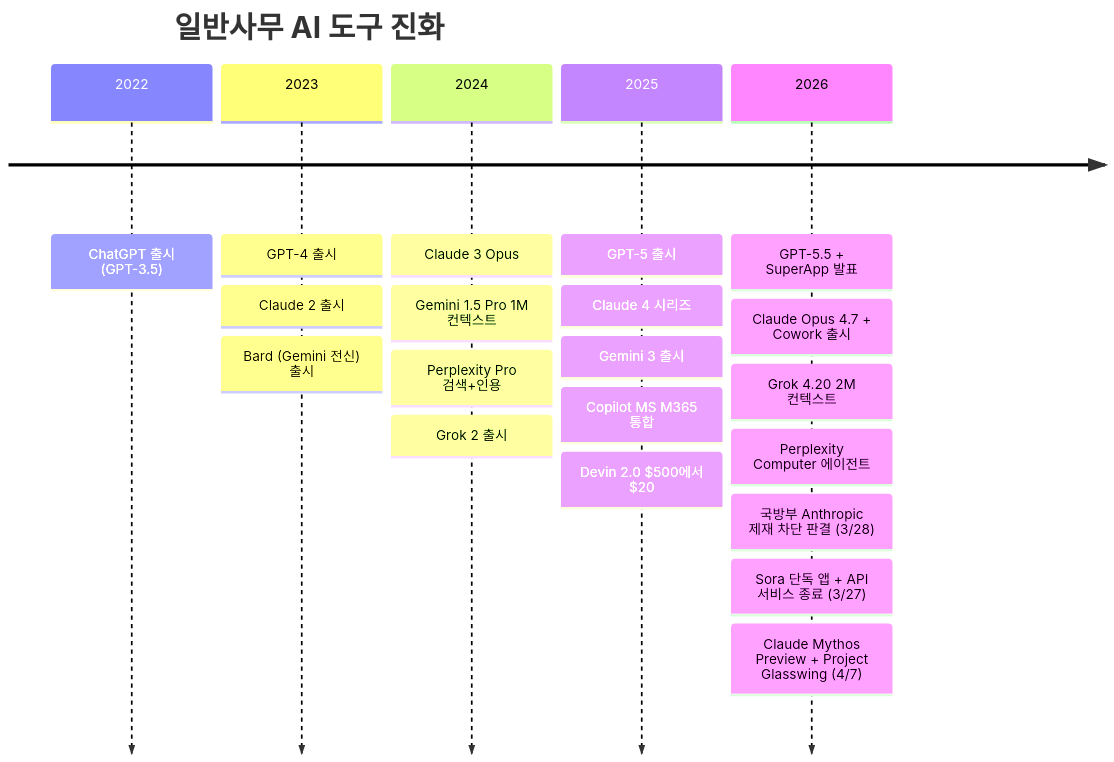
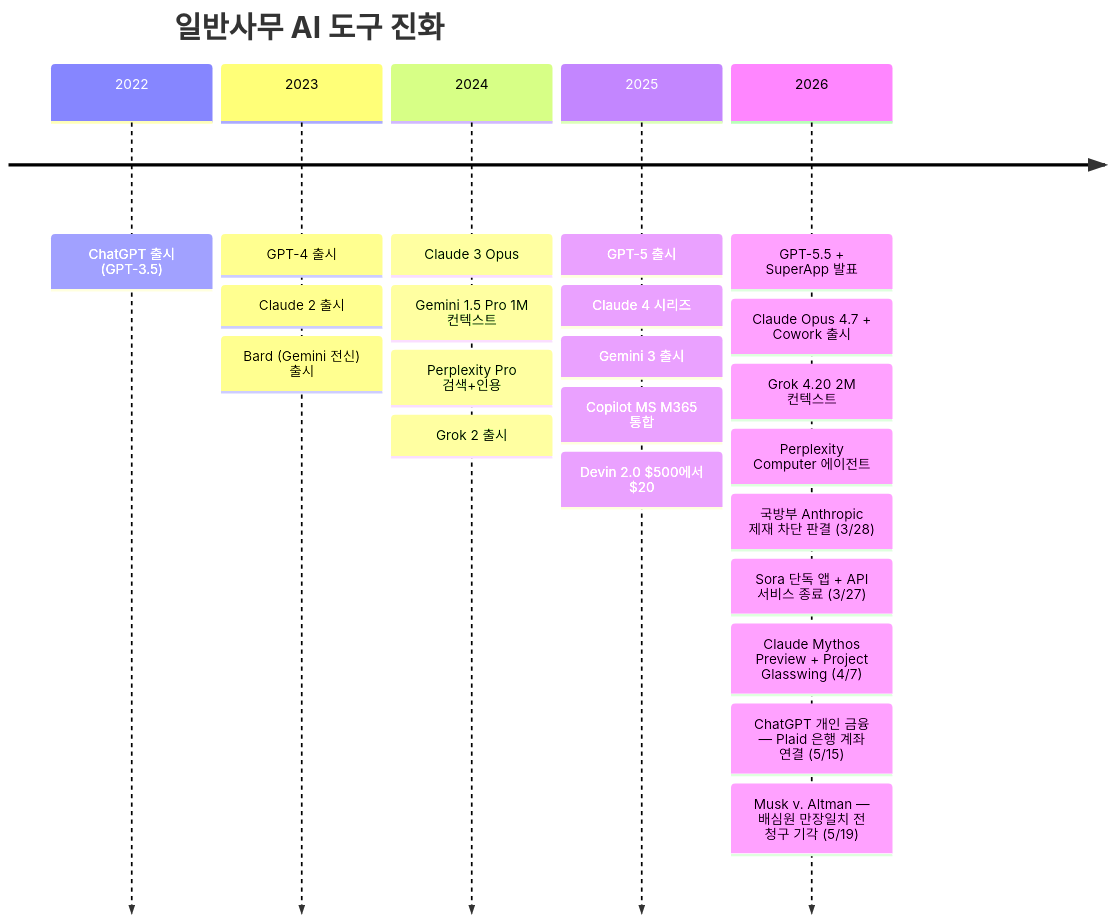
Before and after one commit to tykimos/ai-whatchelin: the tenth of 11 diagrams in README_ko.md, drawn with Mermaid. The commit also changed other lines of this file and 1 other file, not shown here.

````diff
--- a/README_ko.md
+++ b/README_ko.md
@@ -1101,24 +1101,26 @@
 ```mermaid
 timeline
     title 일반사무 AI 도구 진화
     2022 : ChatGPT 출시 (GPT-3.5)
     2023 : GPT-4 출시
          : Claude 2 출시
          : Bard (Gemini 전신) 출시
     2024 : Claude 3 Opus
          : Gemini 1.5 Pro 1M 컨텍스트
          : Perplexity Pro 검색+인용
          : Grok 2 출시
     2025 : GPT-5 출시
          : Claude 4 시리즈
          : Gemini 3 출시
          : Copilot MS M365 통합
          : Devin 2.0 $500에서 $20
     2026 : GPT-5.5 + SuperApp 발표
          : Claude Opus 4.7 + Cowork 출시
          : Grok 4.20 2M 컨텍스트
          : Perplexity Computer 에이전트
          : 국방부 Anthropic 제재 차단 판결 (3/28)
          : Sora 단독 앱 + API 서비스 종료 (3/27)
          : Claude Mythos Preview + Project Glasswing (4/7)
+         : ChatGPT 개인 금융 — Plaid 은행 계좌 연결 (5/15)
+         : Musk v. Altman — 배심원 만장일치 전 청구 기각 (5/19)
 ```
````
